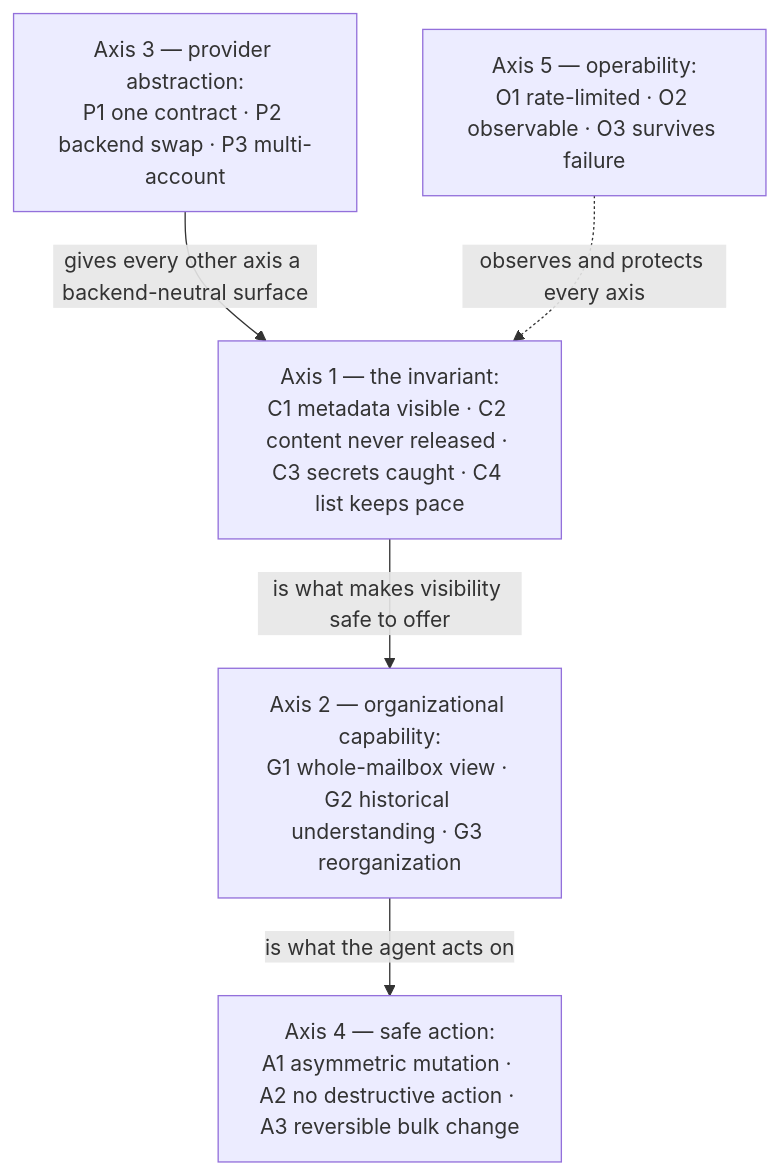
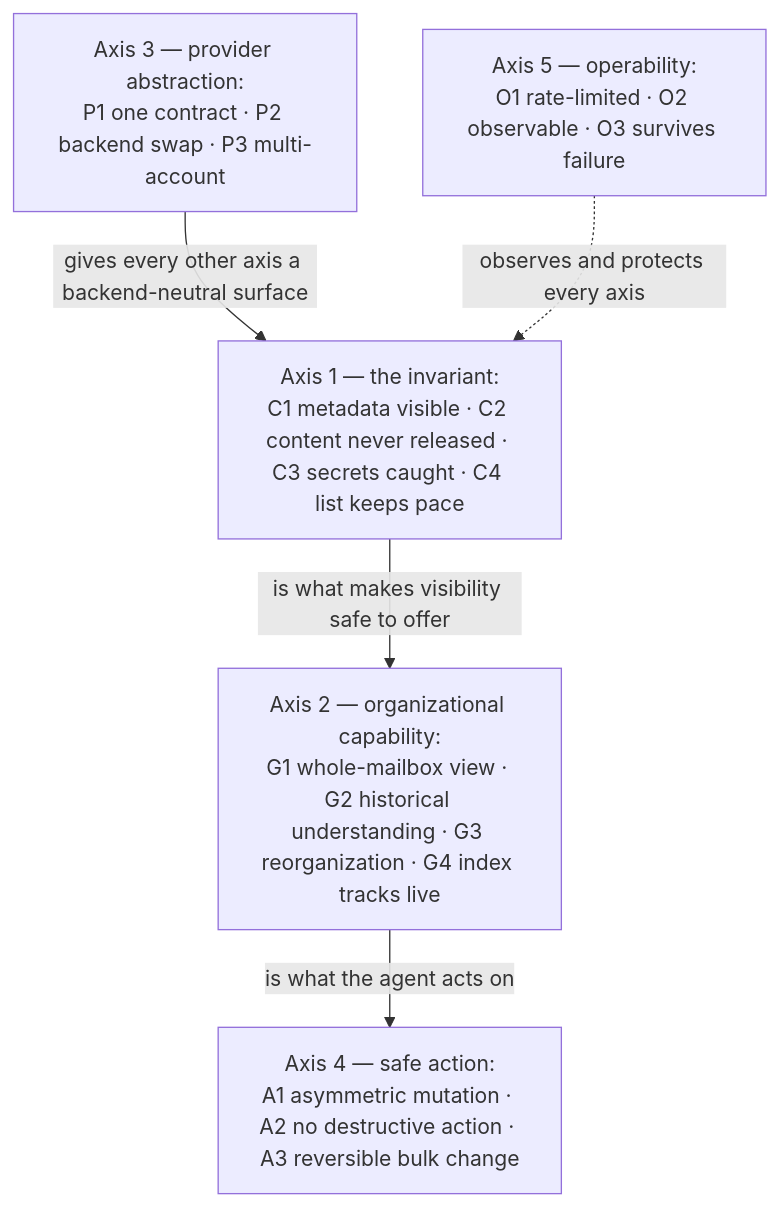
One commit to ppat/mediated-mailbox-mcp changed the diagram in USE_CASES.md. Above: the diagram before and after it, drawn with Mermaid. The commit also changed other lines of this file and 2 other files, not shown here.

First line of the commit message:
docs: record outcome G4 — the index tracks the live mailbox (#15)

````diff
--- a/USE_CASES.md
+++ b/USE_CASES.md
@@ -72,12 +72,12 @@
 ```mermaid
 flowchart TB
     C["Axis 1 — the invariant:<br/>C1 metadata visible · C2 content never released · C3 secrets caught · C4 list keeps pace"]
-    G["Axis 2 — organizational capability:<br/>G1 whole-mailbox view · G2 historical understanding · G3 reorganization"]
+    G["Axis 2 — organizational capability:<br/>G1 whole-mailbox view · G2 historical understanding · G3 reorganization · G4 index tracks live"]
     P["Axis 3 — provider abstraction:<br/>P1 one contract · P2 backend swap · P3 multi-account"]
     A["Axis 4 — safe action:<br/>A1 asymmetric mutation · A2 no destructive action · A3 reversible bulk change"]
     O["Axis 5 — operability:<br/>O1 rate-limited · O2 observable · O3 survives failure"]
     P -->|"gives every other axis a backend-neutral surface"| C
     C -->|"is what makes visibility safe to offer"| G
     G -->|"is what the agent acts on"| A
     O -.->|"observes and protects every axis"| C
 ```
````
